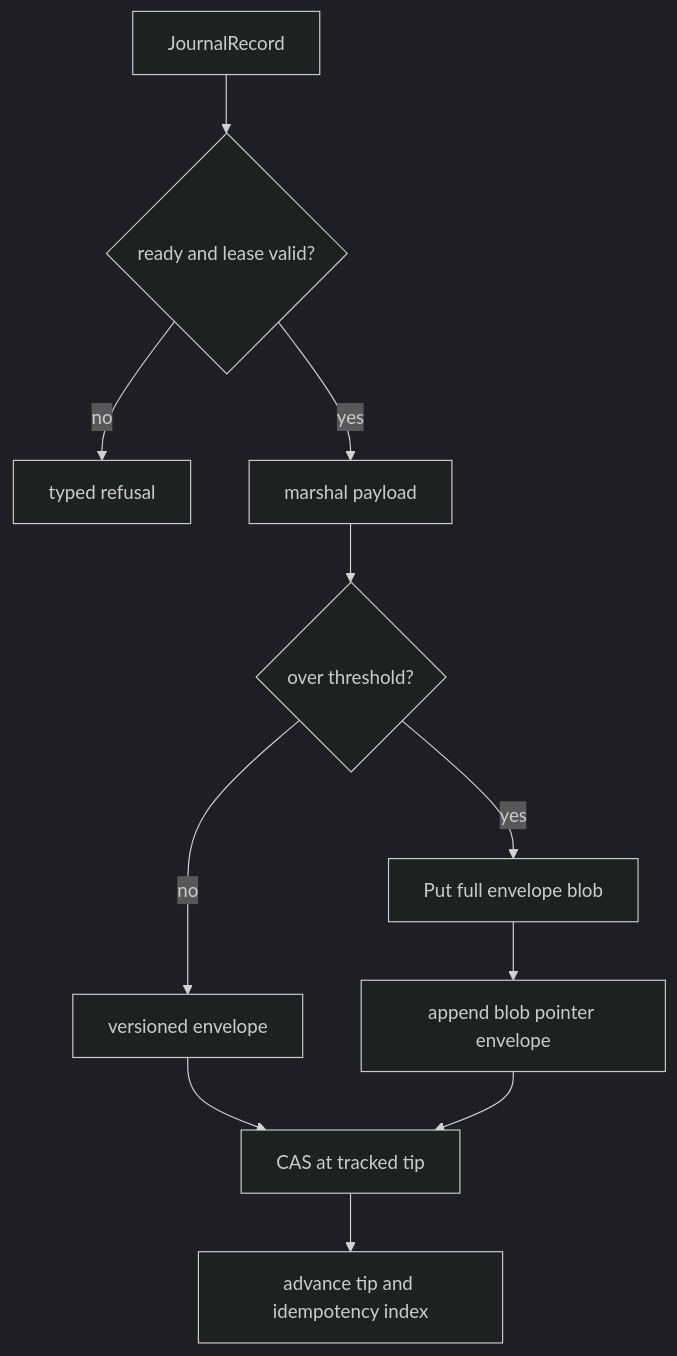
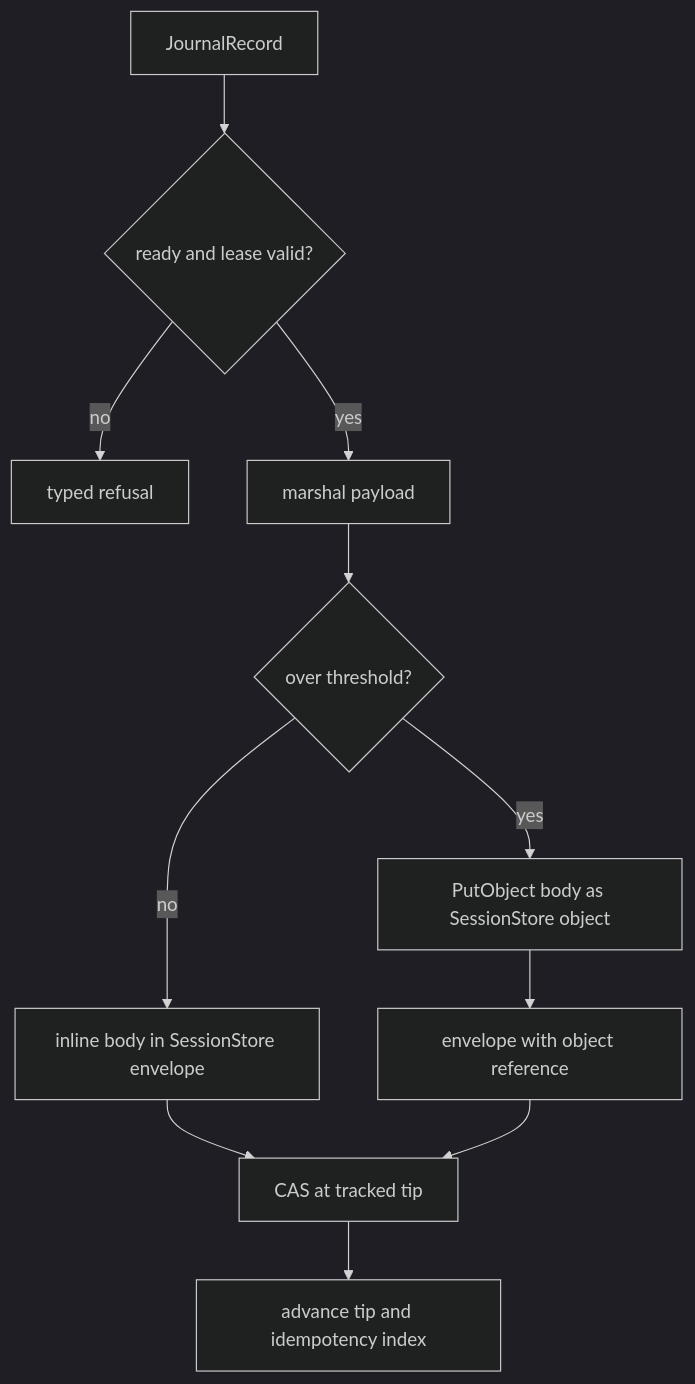
The diagram in docs/guides/harness/session-persistence/journal/index.md (looprig/.github), drawn with Mermaid before and after one commit. The commit also changed other lines of this file and 412 other files, not shown here.

````diff
--- a/docs/guides/harness/session-persistence/journal/index.md
+++ b/docs/guides/harness/session-persistence/journal/index.md
@@ -70,14 +74,14 @@
 ```mermaid
 %%{init: {"theme":"dark"}}%%
 flowchart TD
     A[JournalRecord] --> V{ready and lease valid?}
     V -- no --> E[typed refusal]
     V -- yes --> F[marshal payload]
     F --> S{over threshold?}
-    S -- no --> N[versioned envelope]
-    S -- yes --> O[Put full envelope blob]
-    O --> P[append blob pointer envelope]
+    S -- no --> N[inline body in SessionStore envelope]
+    S -- yes --> O[PutObject body as SessionStore object]
+    O --> P[envelope with object reference]
     N --> C[CAS at tracked tip]
     P --> C
     C --> U[advance tip and idempotency index]
 ```
````
